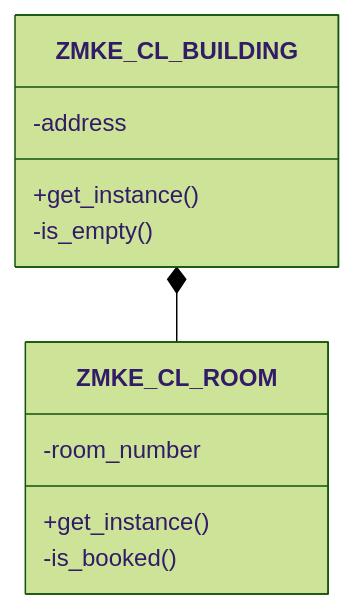
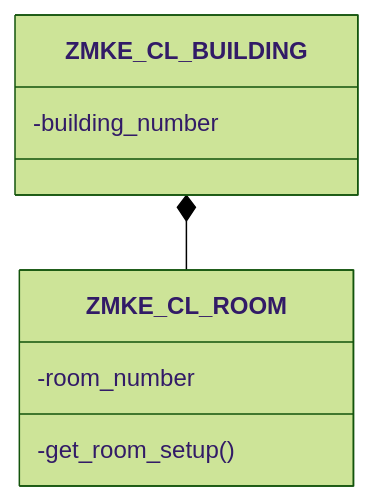
Before and after one commit to Keller-Michael/class_model_example: the diagram in README.md, drawn with Mermaid (forest theme).

````diff
--- a/README.md
+++ b/README.md
@@ -5,19 +5,16 @@
 ```mermaid
 classDiagram
     ZMKE_CL_BUILDING *-- ZMKE_CL_ROOM
     
     class ZMKE_CL_BUILDING{
-          -address
-          +get_instance()
-          -is_empty()
+          -building_number
     }
     
     class ZMKE_CL_ROOM{
           -room_number
-          +get_instance()
-          -is_booked()
+          -get_room_setup()
     }    
     
-    click ZMKE_CL_BUILDING href "../src/zmke_cl_room.clas.abap" 
-    click ZMKE_CL_ROOM href "../src/zmke_cl_building.clas.abap"
+    click ZMKE_CL_BUILDING href "./src/zmke_cl_room.clas.abap" 
+    click ZMKE_CL_ROOM href "./src/zmke_cl_building.clas.abap"
 ```
````
